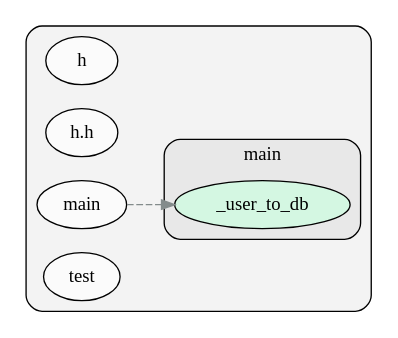
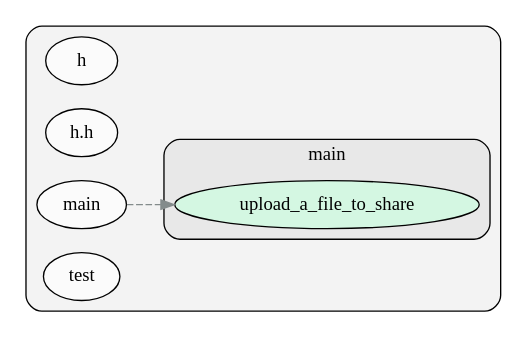
The diagram in tmp.gv (Sjim/PrivateScan-new), drawn with Graphviz before and after one commit. The commit also changed 3 other files, not shown here.

```diff
--- a/tmp.gv
+++ b/tmp.gv
@@ -1,17 +1,17 @@
 digraph G {
     graph [rankdir=LR, clusterrank="local"];
     subgraph cluster_G {
 
         graph [style="filled,rounded", fillcolor="#80808018", label=""];
         h [label="h", style="filled", fillcolor="#ffffffb2", fontcolor="#000000", group="0"];
         h__h [label="h.h", style="filled", fillcolor="#ffffffb2", fontcolor="#000000", group="1"];
         main [label="main", style="filled", fillcolor="#ffffffb2", fontcolor="#000000", group="2"];
         test [label="test", style="filled", fillcolor="#ffffffb2", fontcolor="#000000", group="3"];
         subgraph cluster_main {
 
             graph [style="filled,rounded", fillcolor="#80808018", label="main"];
-            main___user_to_db [label="_user_to_db", style="filled", fillcolor="#ccfee0b2", fontcolor="#000000", group="2"];
+            main__upload_a_file_to_share [label="upload_a_file_to_share", style="filled", fillcolor="#ccfee0b2", fontcolor="#000000", group="2"];
         }
     }
-        main -> main___user_to_db [style="dashed",  color="#838b8b"];
+        main -> main__upload_a_file_to_share [style="dashed",  color="#838b8b"];
     }
```
